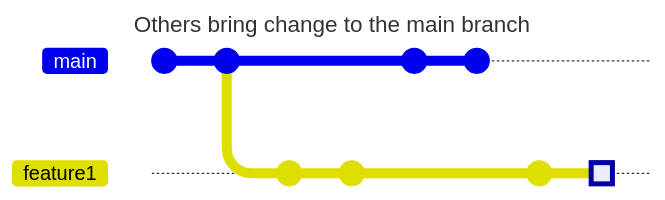
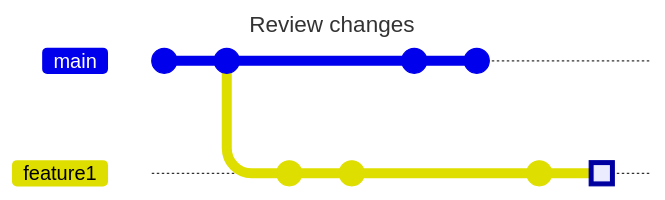
One commit to danielsiegl/ExplainingSmartGit changed the fifth of 7 diagrams in Chapter6.md. Above: the diagram before and after it, drawn with Mermaid. The commit also changed other lines of this file, not shown here. Commit ids are hidden.

Commit message:
Diagrams didn't show correct headings.

````diff
--- a/Chapter6.md
+++ b/Chapter6.md
@@ -70,18 +71,18 @@
 ```mermaid
 ---
-title: Others bring change to the main branch
+title: Review changes
 ---
 gitGraph
    commit
    commit
    branch feature1
    checkout feature1
    commit
    commit
    checkout main
    commit
    commit
    checkout feature1
    commit
    commit id: "Changes after review" type: HIGHLIGHT
 ```
````
